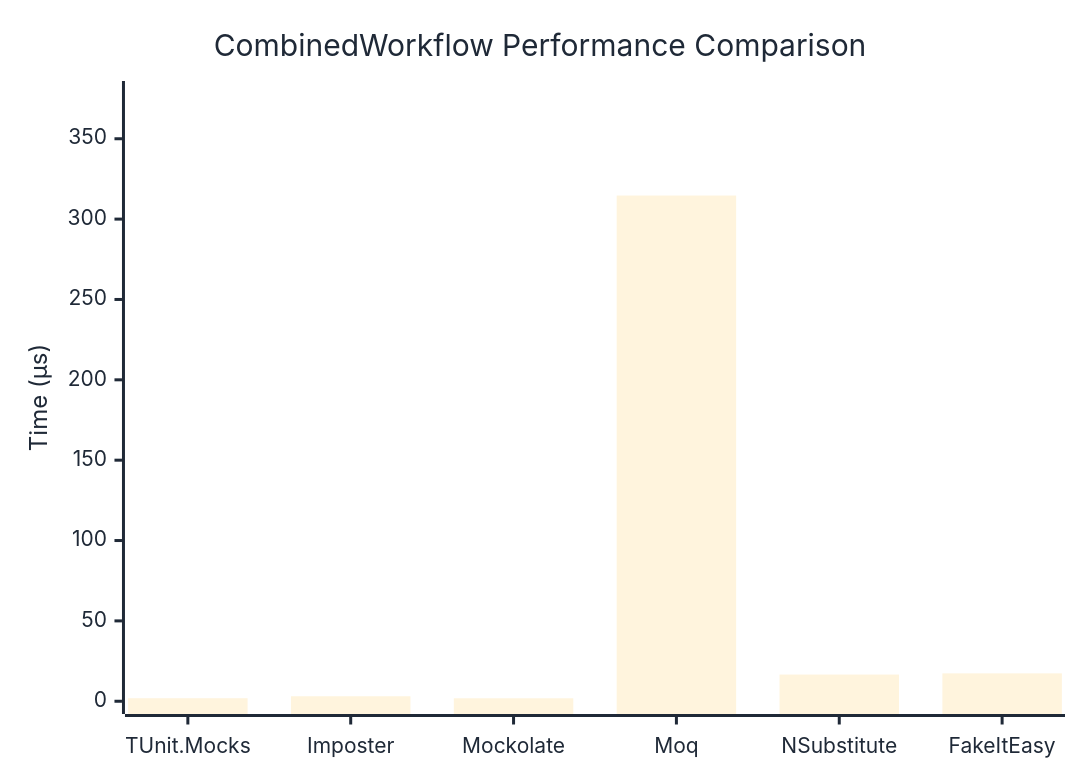
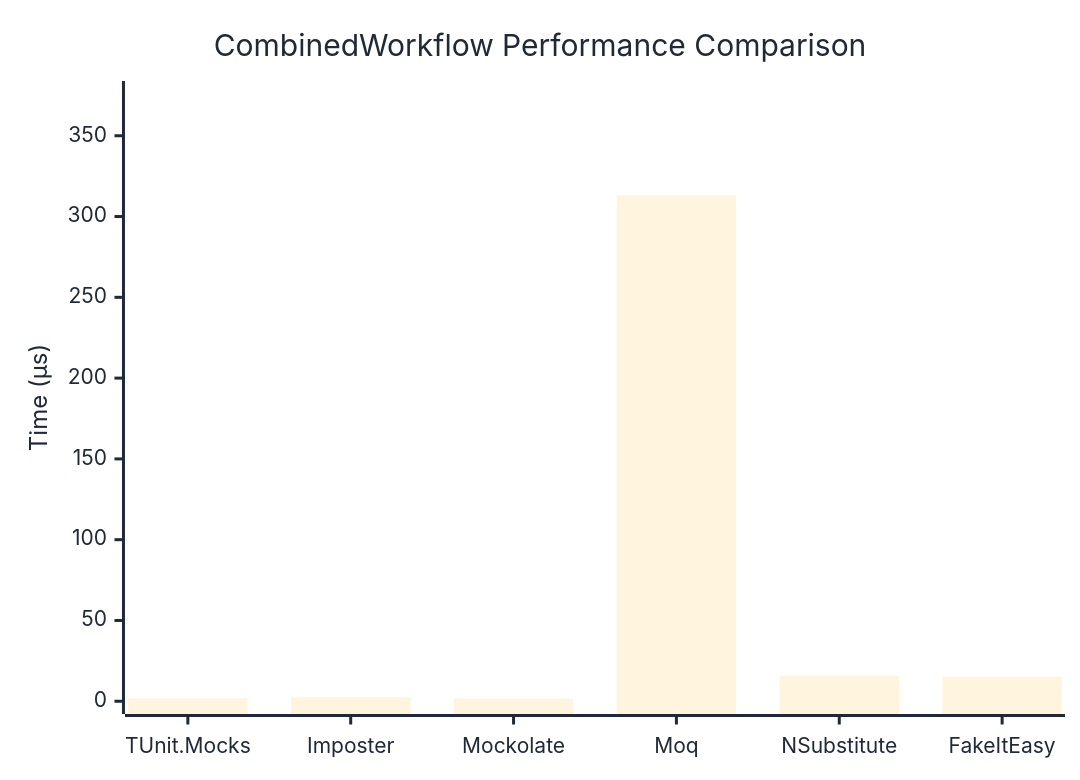
Before and after one commit to thomhurst/TUnit: the diagram in docs/docs/benchmarks/mocks/CombinedWorkflow.md, drawn with Mermaid. The commit also changed other lines of this file and 14 other files, not shown here.

````diff
--- a/docs/docs/benchmarks/mocks/CombinedWorkflow.md
+++ b/docs/docs/benchmarks/mocks/CombinedWorkflow.md
@@ -28,27 +28,27 @@
 ```mermaid
 %%{init: {
   'theme':'base',
   'themeVariables': {
     'primaryColor': '#2563eb',
     'primaryTextColor': '#1f2937',
     'primaryBorderColor': '#1e40af',
     'lineColor': '#6b7280',
     'secondaryColor': '#7c3aed',
     'tertiaryColor': '#dc2626',
     'background': '#ffffff',
     'pie1': '#2563eb',
     'pie2': '#7c3aed',
     'pie3': '#dc2626',
     'pie4': '#f59e0b',
     'pie5': '#10b981',
     'pie6': '#06b6d4',
     'pie7': '#ec4899',
     'pie8': '#6366f1'
   }
 }}%%
 xychart-beta
   title "CombinedWorkflow Performance Comparison"
   x-axis ["TUnit.Mocks", "Imposter", "Mockolate", "Moq", "NSubstitute", "FakeItEasy"]
-  y-axis "Time (μs)" 0 --> 378
-  bar [1.89, 3.106, 1.849, 314.666, 16.609, 17.355]
+  y-axis "Time (μs)" 0 --> 376
+  bar [1.738, 2.415, 1.684, 313.088, 15.898, 15.252]
 ```
````
